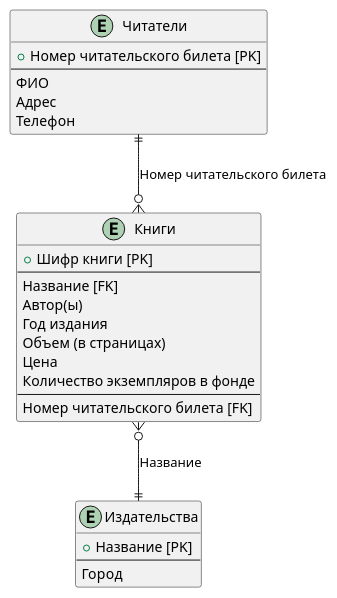
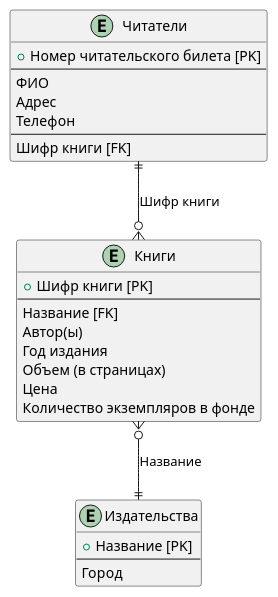
Before and after one commit to Rastorguev763/library_example: the diagram in PlantUML_file/library.puml, drawn with PlantUML. The commit also changed 4 other files, not shown here.

```diff
--- a/PlantUML_file/library.puml
+++ b/PlantUML_file/library.puml
@@ -1,34 +1,34 @@
 @startuml library
 scale 1
 
 entity "Читатели" as readers {
   + Номер читательского билета [PK]
   --
   ФИО
   Адрес
   Телефон
+  --
+  Шифр книги [FK]
 }
 
 entity "Книги" as books {
   + Шифр книги [PK]
   --
   Название [FK]
   Автор(ы)
   Год издания
   Объем (в страницах)
   Цена
-  Количество экземпляров в фонде
-  --
-  Номер читательского билета [FK]
+  Количество экземпляров в фонде 
 }
 
 entity "Издательства" as publishers {
   + Название [PK]
   --
   Город
 }
 
-readers ||--o{ books : Номер читательского билета
+readers ||--o{ books : Шифр книги
 books }o--|| publishers : Название
 
 @enduml
```
